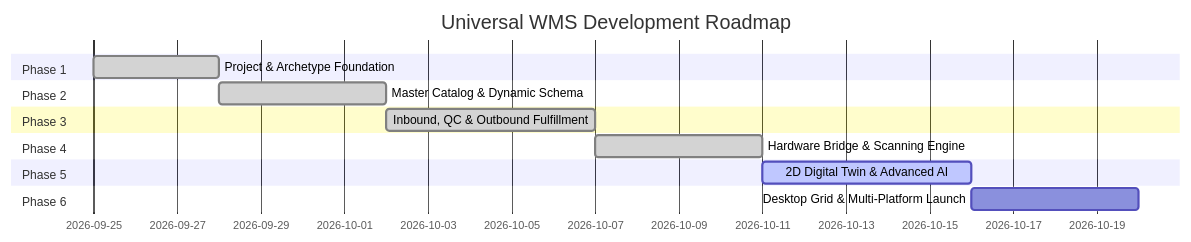
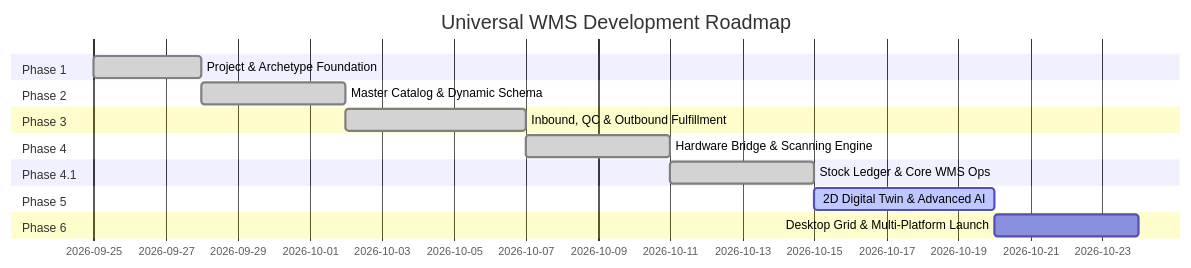
Before and after one commit to Nikhil-Yadav-01/uwp: the diagram in ROADMAP.md, drawn with Mermaid. The commit also changed other lines of this file and 17 other files, not shown here.

Commit message:
feat: complete Phase 4.1 stock ledger, POS engine, RBAC switcher, and mobile archetype switcher tap fix

````diff
--- a/ROADMAP.md
+++ b/ROADMAP.md
@@ -7,17 +7,19 @@
 ```mermaid
 gantt
     title Universal WMS Development Roadmap
     dateFormat  YYYY-MM-DD
     section Phase 1
     Project & Archetype Foundation       :done,    p1, 2026-09-25, 3d
     section Phase 2
     Master Catalog & Dynamic Schema     :done,    p2, after p1, 4d
     section Phase 3
     Inbound, QC & Outbound Fulfillment  :done,    p3, after p2, 5d
     section Phase 4
     Hardware Bridge & Scanning Engine   :done,    p4, after p3, 4d
+    section Phase 4.1
+    Stock Ledger & Core WMS Ops         :done,    p4_1, after p4, 4d
     section Phase 5
-    2D Digital Twin & Advanced AI       :active,  p5, after p4, 5d
+    2D Digital Twin & Advanced AI       :active,  p5, after p4_1, 5d
     section Phase 6
     Desktop Grid & Multi-Platform Launch:         p6, after p5, 4d
 ```
````
